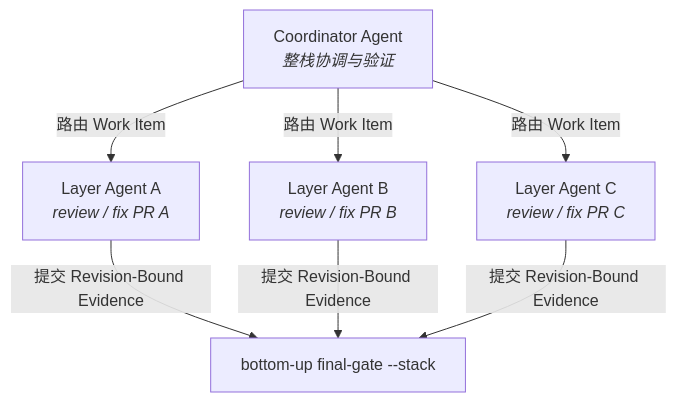
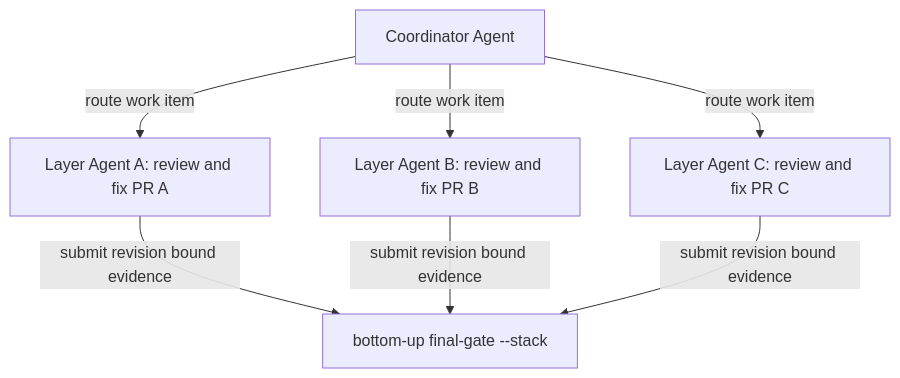
The second of 4 diagrams in _posts/2026-08-02-gh-address-cr-stacked-prs.md (RbBtSn0w/rbbtsn0w.github.io), drawn with Mermaid before and after one commit. The commit also changed other lines of this file, not shown here.

````diff
--- a/_posts/2026-08-02-gh-address-cr-stacked-prs.md
+++ b/_posts/2026-08-02-gh-address-cr-stacked-prs.md
@@ -41,10 +44,10 @@
 ```mermaid
-graph TD
-    Coord["Coordinator Agent<br/><i>整栈协调与验证</i>"]
-    Coord -->|路由 Work Item| AgentA["Layer Agent A<br/><i>review / fix PR A</i>"]
-    Coord -->|路由 Work Item| AgentB["Layer Agent B<br/><i>review / fix PR B</i>"]
-    Coord -->|路由 Work Item| AgentC["Layer Agent C<br/><i>review / fix PR C</i>"]
-    AgentA -->|提交 Revision-Bound Evidence| Gate["bottom-up final-gate --stack"]
-    AgentB -->|提交 Revision-Bound Evidence| Gate
-    AgentC -->|提交 Revision-Bound Evidence| Gate
+flowchart TD
+    Coord["Coordinator Agent"]
+    Coord -->|route work item| AgentA["Layer Agent A: review and fix PR A"]
+    Coord -->|route work item| AgentB["Layer Agent B: review and fix PR B"]
+    Coord -->|route work item| AgentC["Layer Agent C: review and fix PR C"]
+    AgentA -->|submit revision bound evidence| Gate["bottom-up final-gate --stack"]
+    AgentB -->|submit revision bound evidence| Gate
+    AgentC -->|submit revision bound evidence| Gate
 ```
````
